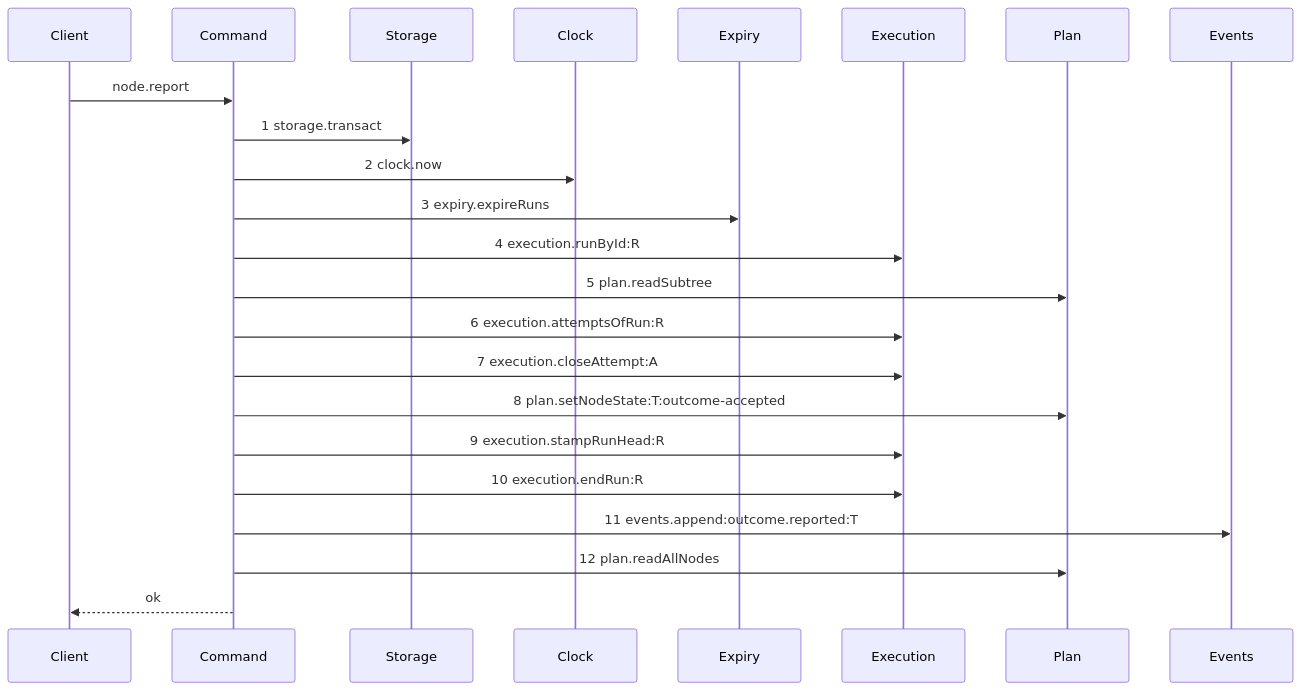
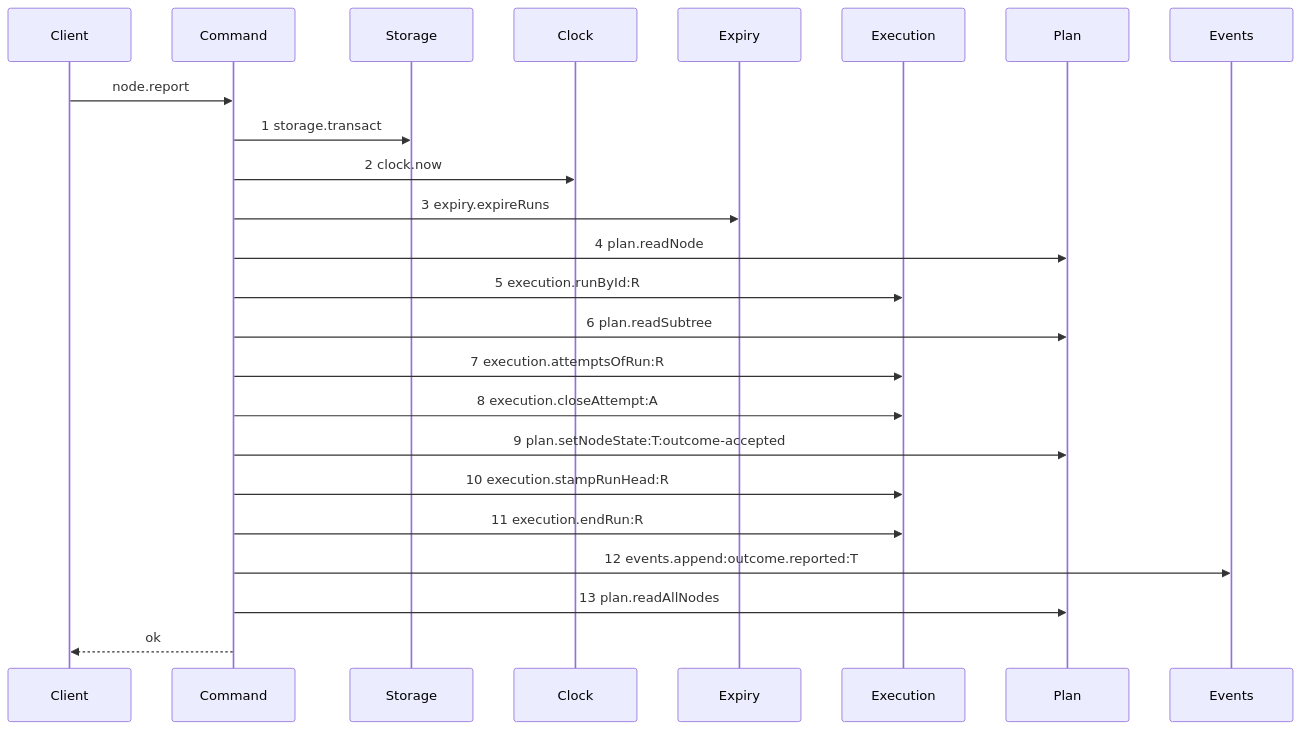
One commit to kanthorlabs/kanthord-engine changed the diagram in .agents/plan/stories/050.4-the-node-lease-removal/06-the-report-drops-the-lease.md. Above: the diagram before and after it, drawn with Mermaid. The commit also changed other lines of this file and 38 other files, not shown here.

````diff
--- a/.agents/plan/stories/050.4-the-node-lease-removal/06-the-report-drops-the-lease.md
+++ b/.agents/plan/stories/050.4-the-node-lease-removal/06-the-report-drops-the-lease.md
@@ -50,25 +50,26 @@
 ```mermaid
 sequenceDiagram
     participant Client
     participant Command
     participant Storage
     participant Clock
     participant Expiry
     participant Execution
     participant Plan
     participant Events
     Client->>Command: node.report
     Command->>Storage: 1 storage.transact
     Command->>Clock: 2 clock.now
     Command->>Expiry: 3 expiry.expireRuns
-    Command->>Execution: 4 execution.runById:R
-    Command->>Plan: 5 plan.readSubtree
-    Command->>Execution: 6 execution.attemptsOfRun:R
-    Command->>Execution: 7 execution.closeAttempt:A
-    Command->>Plan: 8 plan.setNodeState:T:outcome-accepted
-    Command->>Execution: 9 execution.stampRunHead:R
-    Command->>Execution: 10 execution.endRun:R
-    Command->>Events: 11 events.append:outcome.reported:T
-    Command->>Plan: 12 plan.readAllNodes
+    Command->>Plan: 4 plan.readNode
+    Command->>Execution: 5 execution.runById:R
+    Command->>Plan: 6 plan.readSubtree
+    Command->>Execution: 7 execution.attemptsOfRun:R
+    Command->>Execution: 8 execution.closeAttempt:A
+    Command->>Plan: 9 plan.setNodeState:T:outcome-accepted
+    Command->>Execution: 10 execution.stampRunHead:R
+    Command->>Execution: 11 execution.endRun:R
+    Command->>Events: 12 events.append:outcome.reported:T
+    Command->>Plan: 13 plan.readAllNodes
     Command-->>Client: ok
 ```
````
